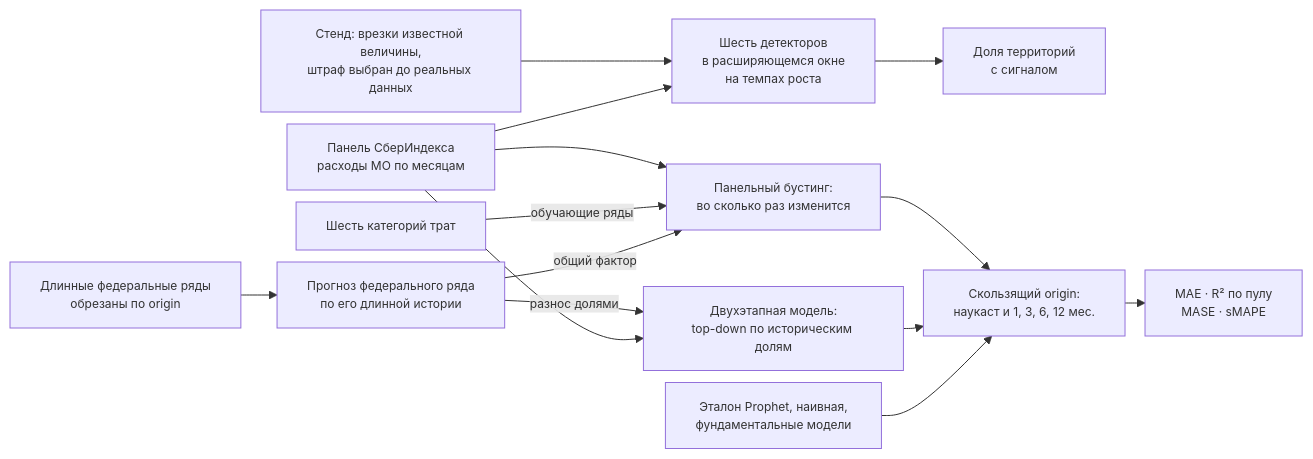
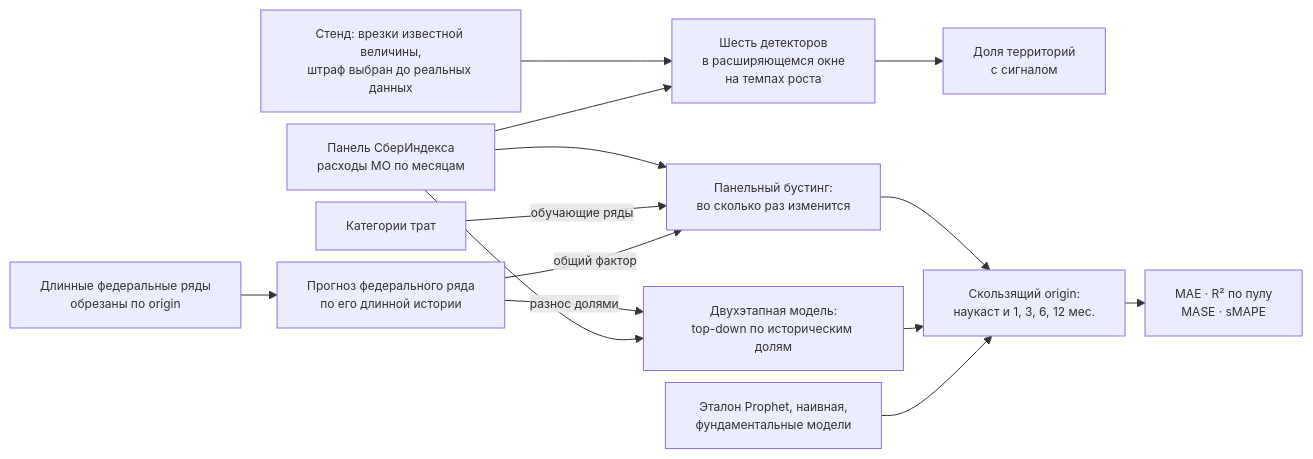
One commit to kr1zal/sberindex_konkurs changed the diagram in report/slides.qmd. Above: the diagram before and after it, drawn with Mermaid. The commit also changed other lines of this file, not shown here.

Commit message:
Слайды: узел схемы и подписи «Выводов» как в отчёте

````diff
--- a/report/slides.qmd
+++ b/report/slides.qmd
@@ -149,17 +149,17 @@
 ```{mermaid}
 %%{init: {"flowchart": {"nodeSpacing": 12, "rankSpacing": 20}, "themeVariables": {"fontSize": "12px"}}}%%
 flowchart LR
     P["Панель СберИндекса<br/>расходы МО по месяцам"] --> G["Панельный бустинг:<br/>во сколько раз изменится"]
-    K["Шесть категорий трат"] -->|обучающие ряды| G
+    K["Категории трат"] -->|обучающие ряды| G
     L["Длинные федеральные ряды<br/>обрезаны по origin"] --> F["Прогноз федерального ряда<br/>по его длинной истории"]
     F -->|общий фактор| G
     F -->|разнос долями| T["Двухэтапная модель:<br/>top-down по историческим долям"]
     P --> T
     B["Стенд: врезки известной величины,<br/>штраф выбран до реальных данных"] --> D
     P --> D["Шесть детекторов<br/>в расширяющемся окне<br/>на темпах роста"]
     D --> S["Доля территорий<br/>с сигналом"]
     G --> E["Скользящий origin:<br/>наукаст и 1, 3, 6, 12 мес."]
     T --> E
     R["Эталон Prophet, наивная,<br/>фундаментальные модели"] --> E
     E --> M["MAE · R² по пулу<br/>MASE · sMAPE"]
 ```
````
